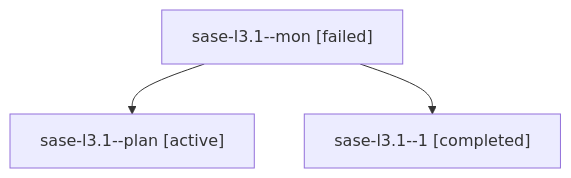
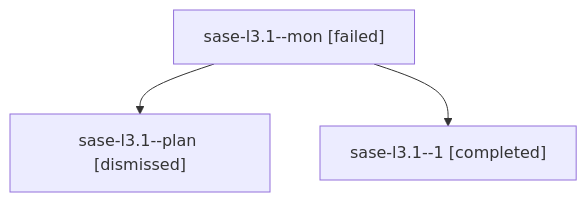
Before and after one commit to sase-org/sase--agents: the diagram in sessions/bbugyi200.athena.sase-l3.1.md, drawn with Mermaid. The commit also changed other lines of this file and 89 other files, not shown here.

````diff
--- a/sessions/bbugyi200.athena.sase-l3.1.md
+++ b/sessions/bbugyi200.athena.sase-l3.1.md
@@ -9,8 +9,8 @@
 ```mermaid
 flowchart TD
   n0["sase-l3.1--mon [failed]"]
-  n1["sase-l3.1--plan [active]"]
+  n1["sase-l3.1--plan [dismissed]"]
   n0 --> n1
   n2["sase-l3.1--1 [completed]"]
   n0 --> n2
 ```
````
